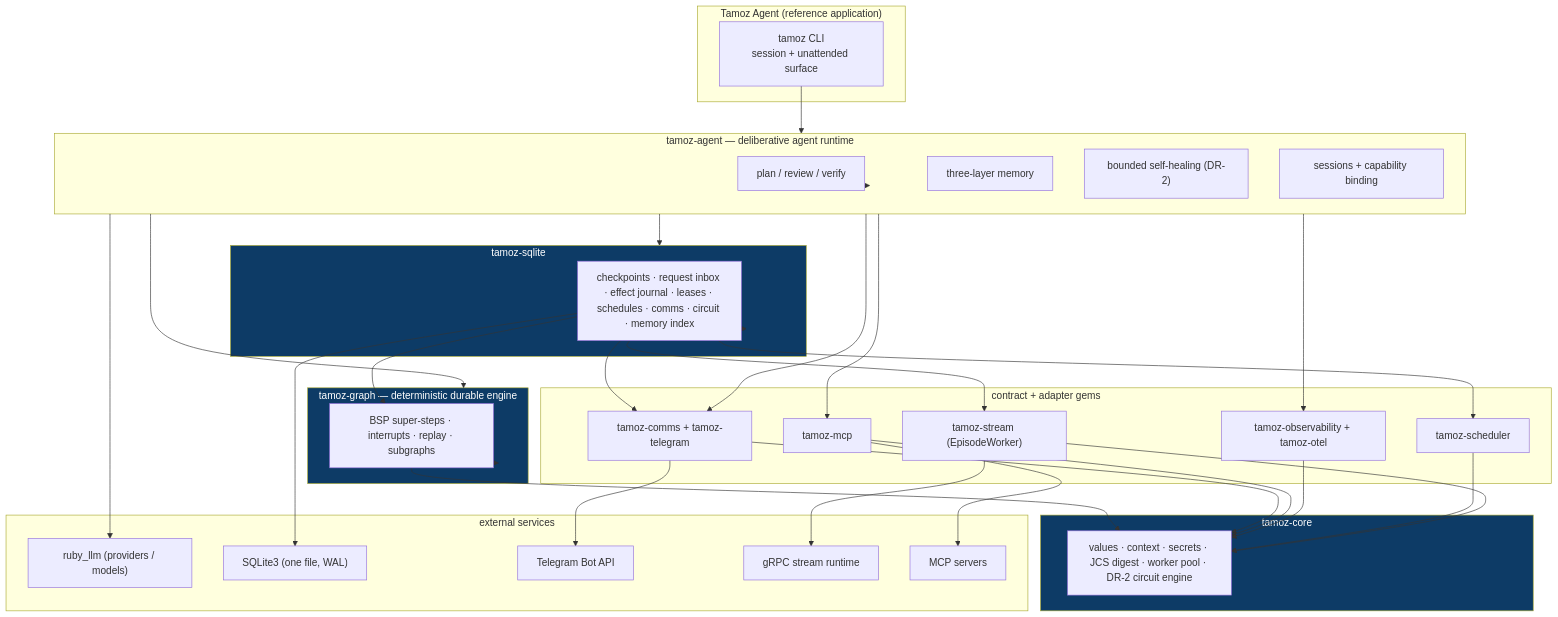
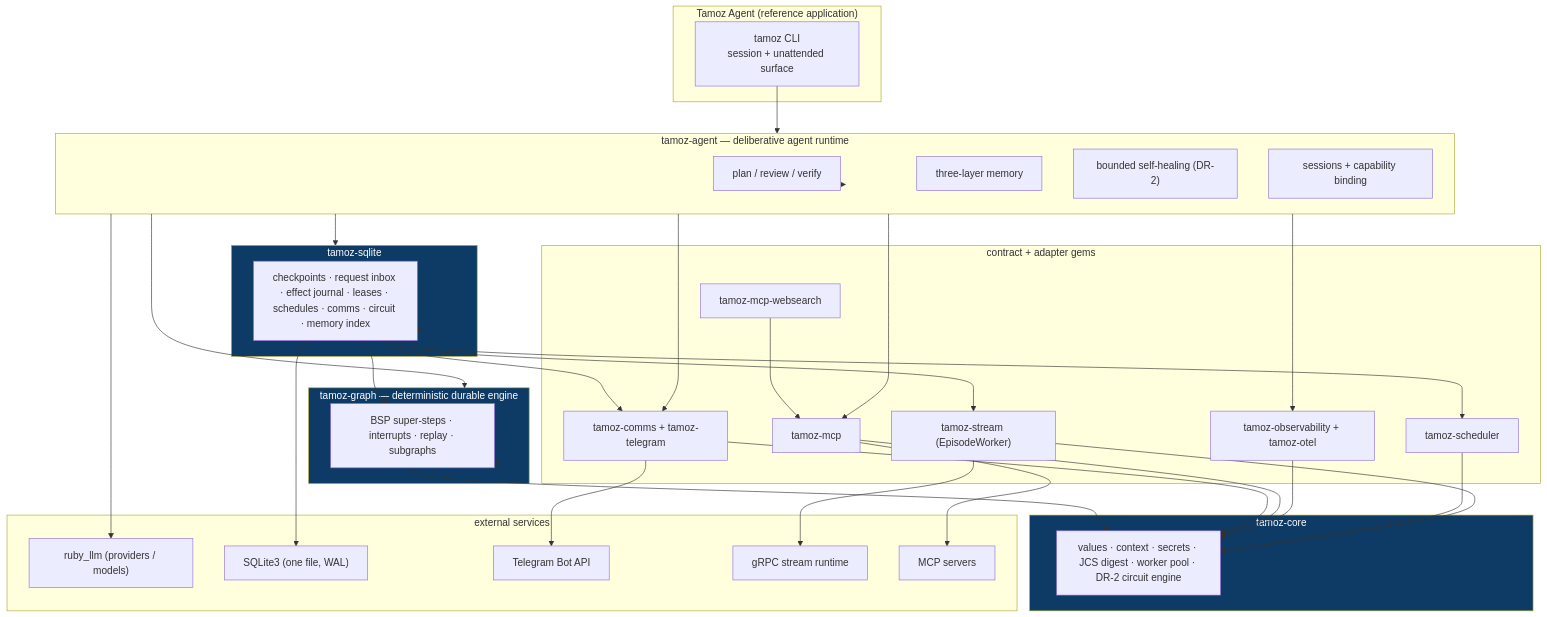
Before and after one commit to ghassan-ai-projects/tamoz: the diagram in documentation/architecture/overview.md, drawn with Mermaid. The commit also changed other lines of this file and 37 other files, not shown here.

````diff
--- a/documentation/architecture/overview.md
+++ b/documentation/architecture/overview.md
@@ -9,70 +9,72 @@
 ```mermaid
 flowchart TB
     subgraph App["Tamoz Agent (reference application)"]
         CLI["tamoz CLI<br/>session + unattended surface"]
     end
 
     subgraph Agent["tamoz-agent — deliberative agent runtime"]
         AR["plan / review / verify"]
         AM["three-layer memory"]
         AH["bounded self-healing (DR-2)"]
         AS["sessions + capability binding"]
     end
 
     subgraph Contracts["contract + adapter gems"]
         C["tamoz-comms + tamoz-telegram"]
         O["tamoz-observability + tamoz-otel"]
         M["tamoz-mcp"]
+        MW["tamoz-mcp-websearch"]
         SC["tamoz-scheduler"]
         ST["tamoz-stream (EpisodeWorker)"]
     end
 
     subgraph Engine["tamoz-graph — deterministic durable engine"]
         G["BSP super-steps · interrupts · replay · subgraphs"]
     end
 
     subgraph Shared["tamoz-core"]
         S["values · context · secrets · JCS digest · worker pool · DR-2 circuit engine"]
     end
 
     subgraph Durable["tamoz-sqlite"]
         P["checkpoints · request inbox · effect journal · leases · schedules · comms · circuit · memory index"]
     end
 
     subgraph Ext["external services"]
         LLM["ruby_llm (providers / models)"]
         SQL["SQLite3 (one file, WAL)"]
         TG["Telegram Bot API"]
         GRPC["gRPC stream runtime"]
         MCP_SRV["MCP servers"]
     end
 
     CLI --> Agent
     Agent --> AR
     Agent --> Engine
     Agent --> Durable
     Agent --> LLM
     Agent --> C
     Agent --> O
     Agent --> M
     Engine --> G
     G --> S
     C --> S
     M --> S
     O --> S
     SC --> S
     ST --> S
     Durable --> P
     P --> G
     P --> SC
     P --> ST
     P --> C
     P --> SQL
     C --> TG
     M --> MCP_SRV
+    MW --> M
     ST --> GRPC
 
     style Engine fill:#0d3b66,color:#fff
     style Durable fill:#0d3b66,color:#fff
     style Shared fill:#0d3b66,color:#fff
 ```
````
